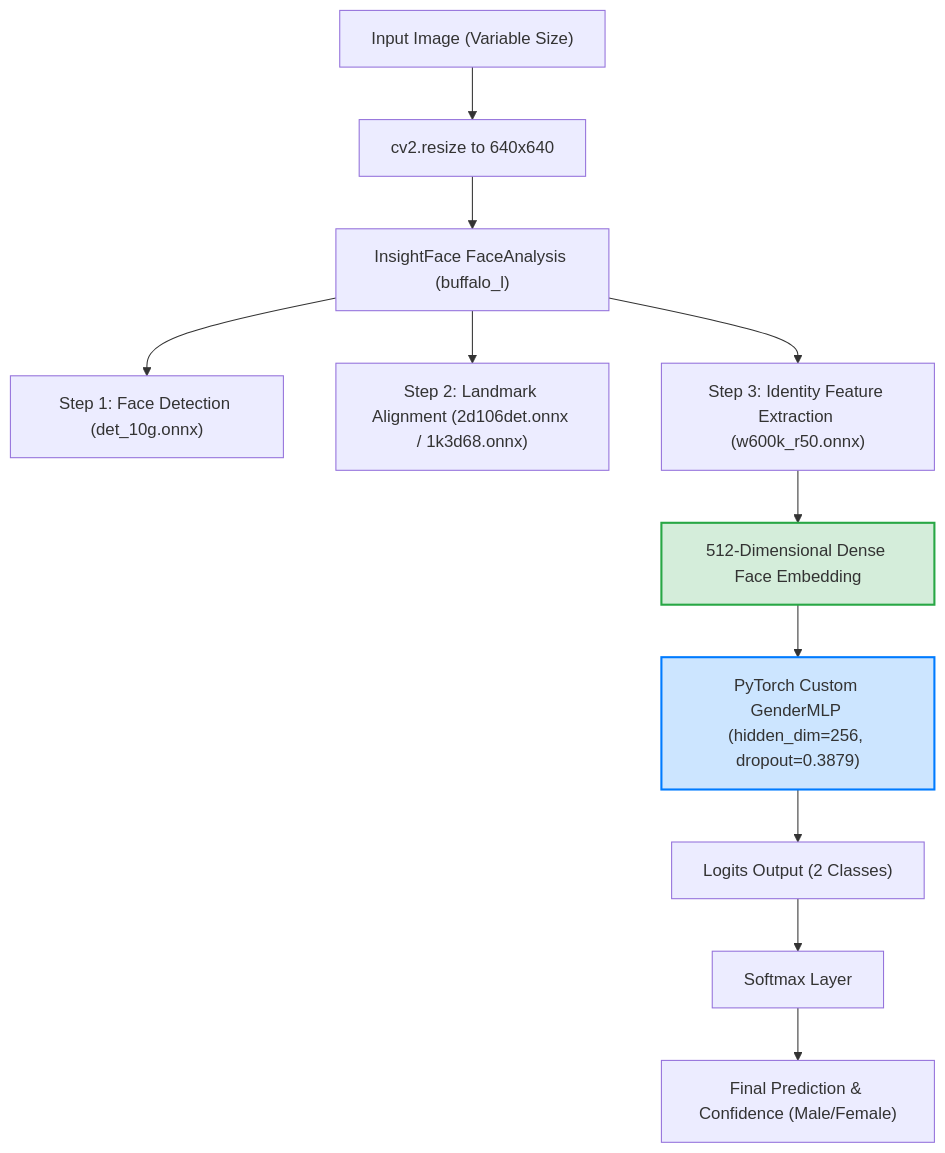
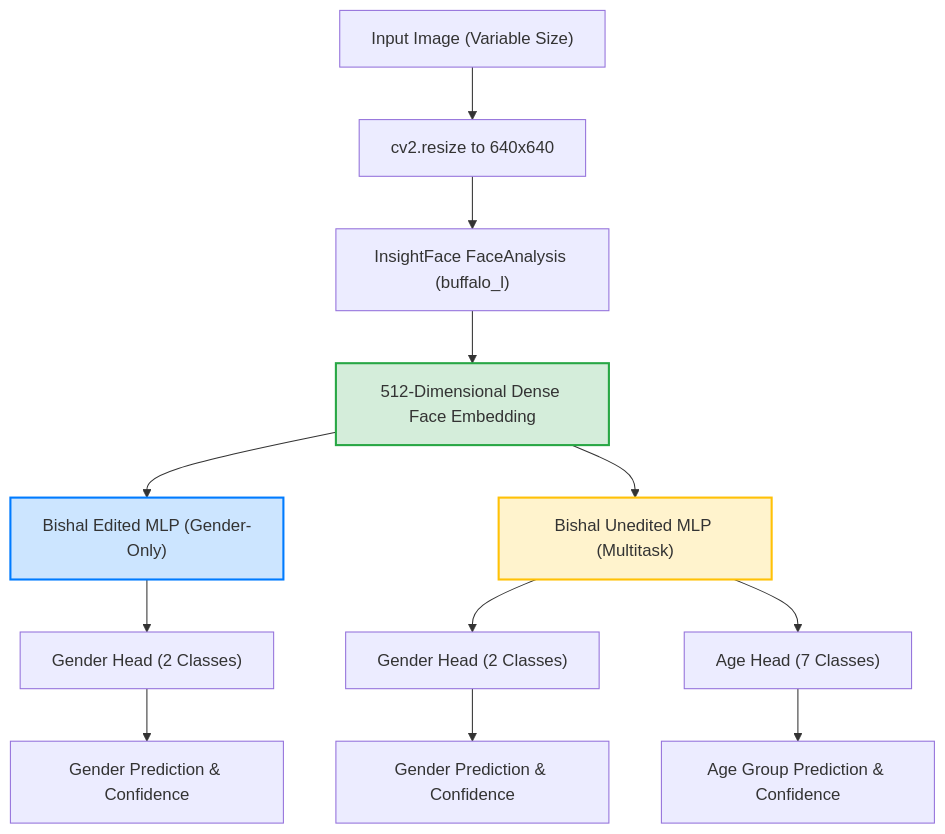
Before and after one commit to Shreejal170/Gender-Detection-Model: the diagram in ModelPerformanceComparision.md, drawn with Mermaid. The commit also changed other lines of this file and 47 other files, not shown here.

````diff
--- a/ModelPerformanceComparision.md
+++ b/ModelPerformanceComparision.md
@@ -32,16 +35,20 @@
 ```mermaid
 graph TD
     A["Input Image (Variable Size)"] --> B["cv2.resize to 640x640"]
     B --> C["InsightFace FaceAnalysis (buffalo_l)"]
-    C --> D["Step 1: Face Detection (det_10g.onnx)"]
-    C --> E["Step 2: Landmark Alignment (2d106det.onnx / 1k3d68.onnx)"]
-    C --> F["Step 3: Identity Feature Extraction (w600k_r50.onnx)"]
-    F --> G["512-Dimensional Dense Face Embedding"]
-    G --> H["PyTorch Custom GenderMLP (hidden_dim=256, dropout=0.3879)"]
-    H --> I["Logits Output (2 Classes)"]
-    I --> J["Softmax Layer"]
-    J --> K["Final Prediction & Confidence (Male/Female)"]
+    C --> D["512-Dimensional Dense Face Embedding"]
     
-    style G fill:#d4edda,stroke:#28a745,stroke-width:2px
-    style H fill:#cce5ff,stroke:#007bff,stroke-width:2px
+    D --> E["Bishal Edited MLP (Gender-Only)"]
+    E --> E1["Gender Head (2 Classes)"]
+    E1 --> E2["Gender Prediction & Confidence"]
+    
+    D --> F["Bishal Unedited MLP (Multitask)"]
+    F --> F1["Gender Head (2 Classes)"]
+    F --> F2["Age Head (7 Classes)"]
+    F1 --> F3["Gender Prediction & Confidence"]
+    F2 --> F4["Age Group Prediction & Confidence"]
+    
+    style D fill:#d4edda,stroke:#28a745,stroke-width:2px
+    style E fill:#cce5ff,stroke:#007bff,stroke-width:2px
+    style F fill:#fff3cd,stroke:#ffc107,stroke-width:2px
 ```
````
